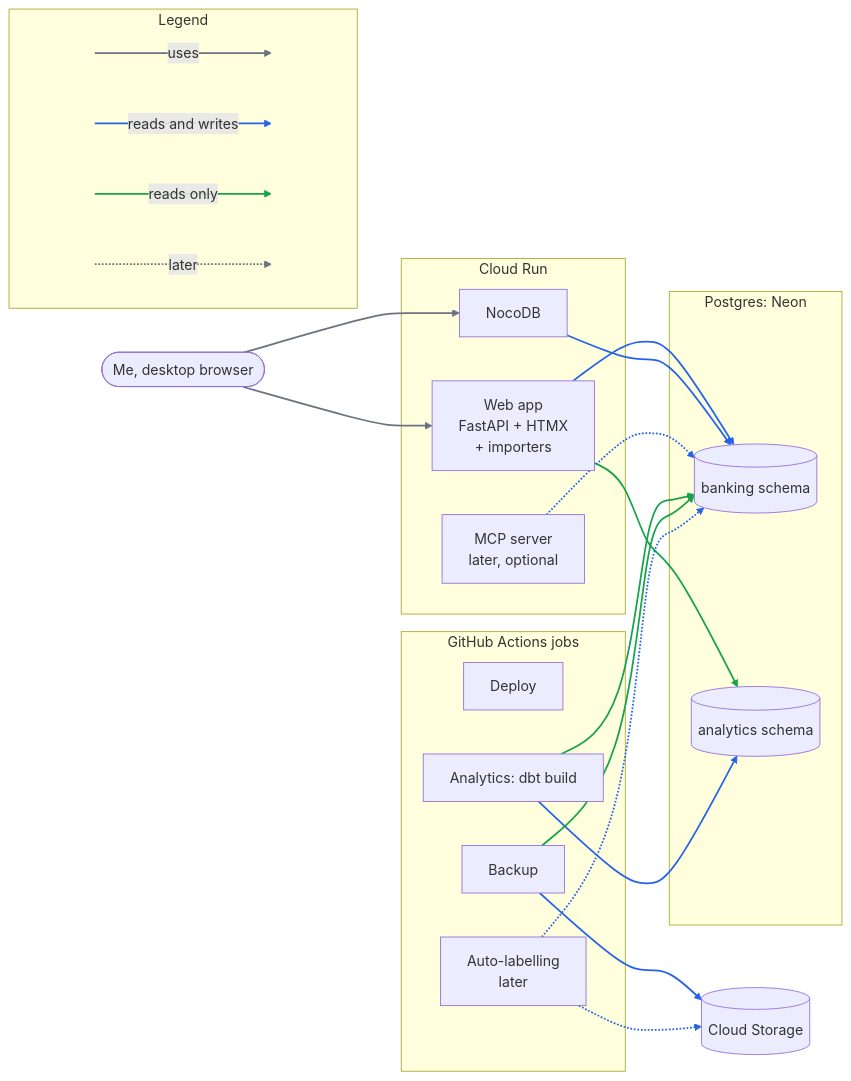
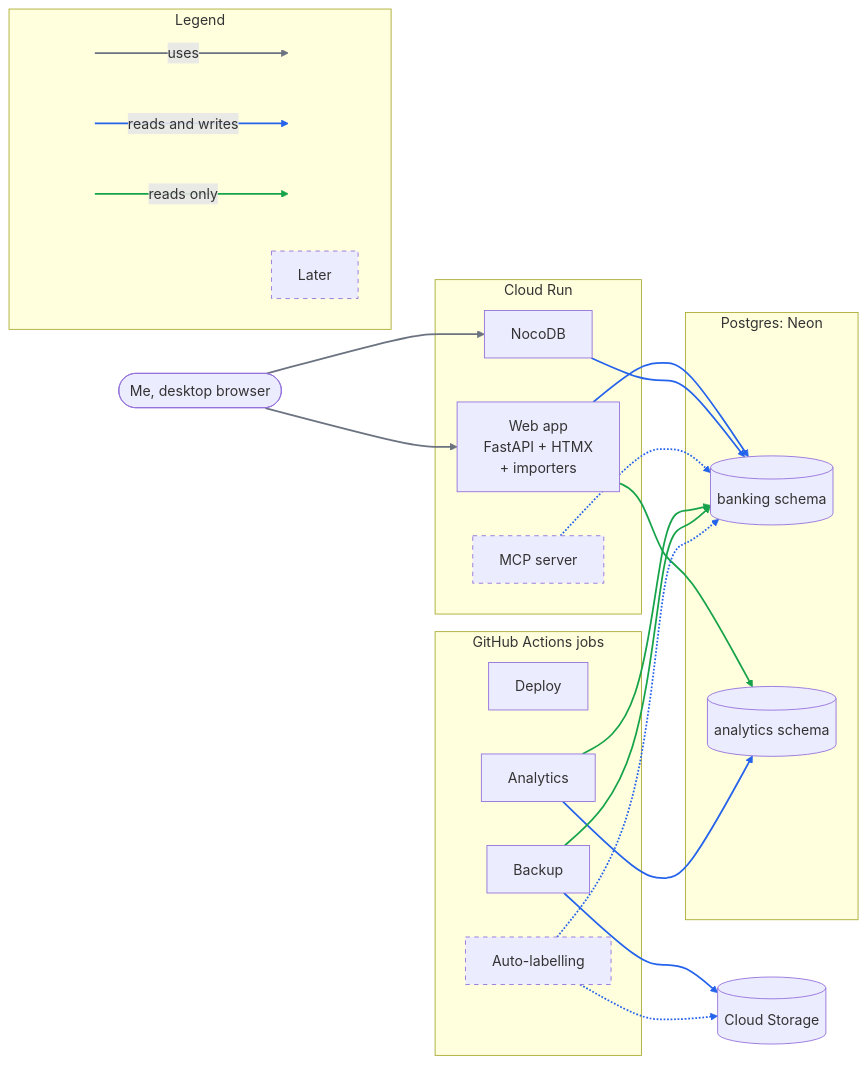
One commit to machbry/autoquest changed the diagram in apps/banking/docs/architecture.md. Above: the diagram before and after it, drawn with Mermaid.

Commit message:
docs(banking): mark planned components with dashed borders

````diff
--- a/apps/banking/docs/architecture.md
+++ b/apps/banking/docs/architecture.md
@@ -13,48 +13,49 @@
 ```mermaid
 flowchart LR
     user([Me, desktop browser])
     subgraph run[Cloud Run]
         web[Web app<br/>FastAPI + HTMX<br/>+ importers]
         noco[NocoDB]
-        mcp[MCP server<br/>later, optional]
+        mcp[MCP server]
     end
     subgraph pg[Postgres: Neon]
         banking[(banking schema)]
         analytics[(analytics schema)]
     end
     subgraph gha[GitHub Actions jobs]
         deploy[Deploy]
         backup[Backup]
-        dbt[Analytics: dbt build]
-        ml[Auto-labelling<br/>later]
+        dbt[Analytics]
+        ml[Auto-labelling]
     end
     gcs[(Cloud Storage)]
 
     user --> web
     user --> noco
     web --> banking
     web --> analytics
     noco --> banking
     mcp -.-> banking
     dbt --> banking
     dbt --> analytics
     backup --> banking
     backup --> gcs
     ml -.-> banking
     ml -.-> gcs
 
     subgraph legend[Legend]
         direction LR
         k1[ ] -- uses --> k2[ ]
         k3[ ] -- reads and writes --> k4[ ]
         k5[ ] -- reads only --> k6[ ]
-        k7[ ] -. later .-> k8[ ]
+        k7[Later]
     end
 
     classDef key fill:none,stroke:none
-    class k1,k2,k3,k4,k5,k6,k7,k8 key
+    class k1,k2,k3,k4,k5,k6 key
+    classDef later stroke-dasharray:5 5
+    class mcp,ml,k7 later
     linkStyle 0,1,12 stroke:#6b7280,stroke-width:2px
     linkStyle 2,4,5,7,9,10,11,13 stroke:#2563eb,stroke-width:2px
     linkStyle 3,6,8,14 stroke:#16a34a,stroke-width:2px
-    linkStyle 15 stroke:#6b7280,stroke-width:2px
 ```
````
